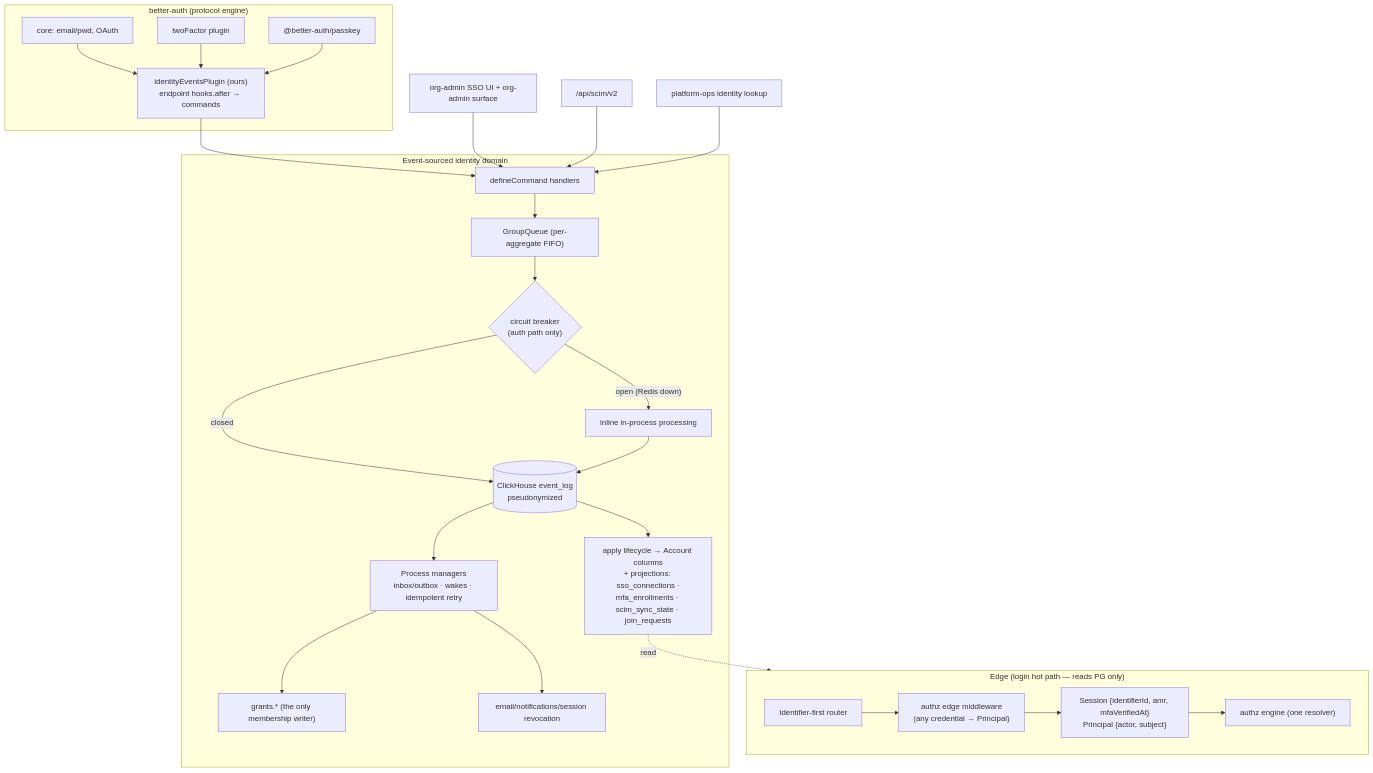
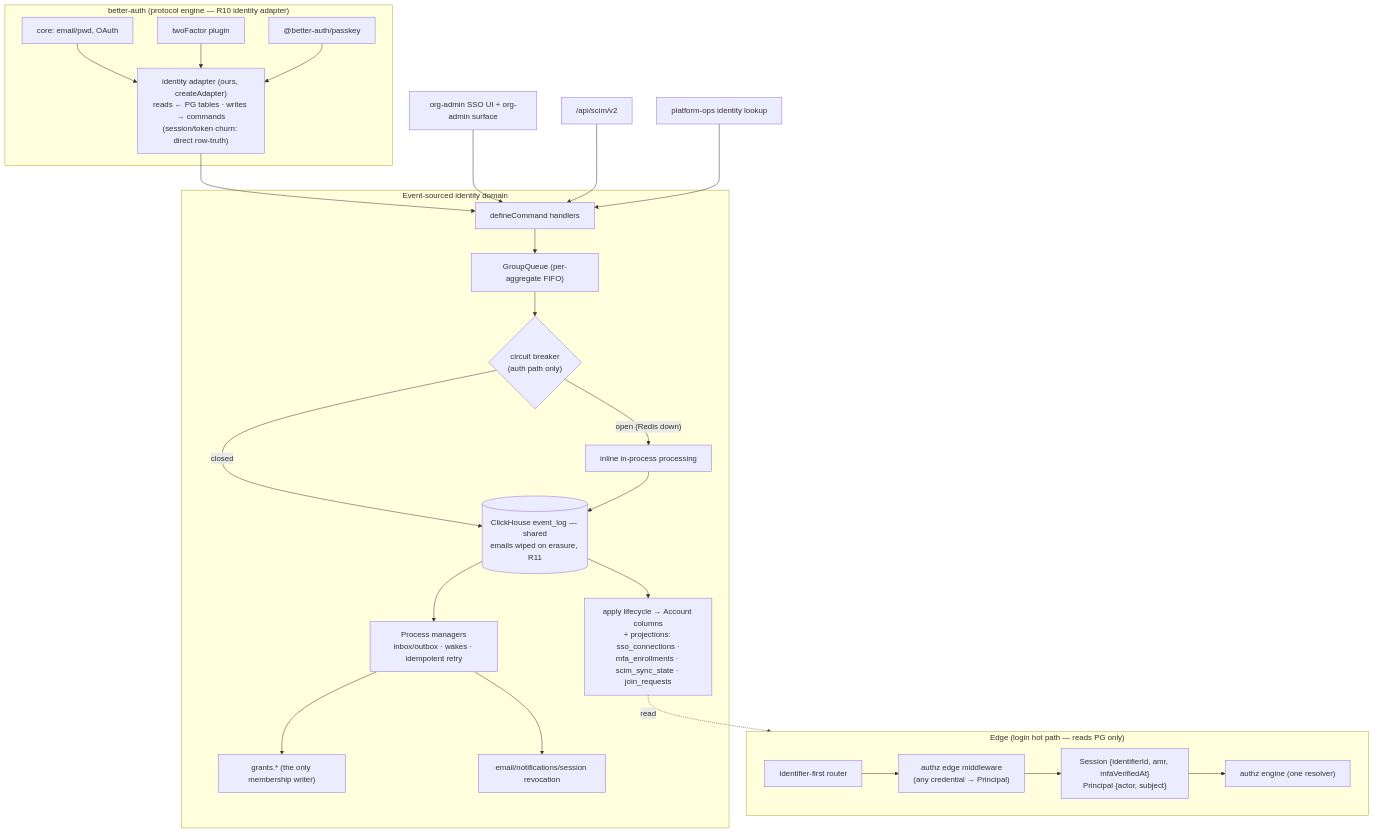
The second of 3 diagrams in dev/docs/identity-platform-redesign.md (langwatch/langwatch), drawn with Mermaid before and after one commit. The commit also changed other lines of this file and 12 other files, not shown here.

First line of the commit message:
docs(identity): adapter-first better-auth integration (R10), erasure and session doctrine (R11-R13), resolved open questions

````diff
--- a/dev/docs/identity-platform-redesign.md
+++ b/dev/docs/identity-platform-redesign.md
@@ -210,36 +214,36 @@
 ```mermaid
 flowchart TB
     subgraph Edge["Edge (login hot path — reads PG only)"]
         R[Identifier-first router] --> MW["authz edge middleware<br/>(any credential → Principal)"]
         MW --> SE["Session {identifierId, amr, mfaVerifiedAt}<br/>Principal {actor, subject}"]
         SE --> EN["authz engine (one resolver)"]
     end
 
-    subgraph BA["better-auth (protocol engine)"]
+    subgraph BA["better-auth (protocol engine — R10 identity adapter)"]
         CORE[core: email/pwd, OAuth]
         TF[twoFactor plugin]
         PK["@better-auth/passkey"]
-        IE["identityEventsPlugin (ours)<br/>endpoint hooks.after → commands"]
+        IE["identity adapter (ours, createAdapter)<br/>reads ← PG tables · writes → commands<br/>(session/token churn: direct row-truth)"]
         CORE --> IE
         TF --> IE
         PK --> IE
     end
 
     subgraph ES["Event-sourced identity domain"]
         CMD[defineCommand handlers] --> GQ["GroupQueue (per-aggregate FIFO)"]
         GQ --> CB{"circuit breaker<br/>(auth path only)"}
-        CB -->|closed| CH[("ClickHouse event_log<br/>pseudonymized")]
+        CB -->|closed| CH[("ClickHouse event_log — shared<br/>emails wiped on erasure, R11")]
         CB -->|"open (Redis down)"| INLINE[inline in-process processing]
         INLINE --> CH
         CH --> PRJ["apply lifecycle → Account columns<br/>+ projections: sso_connections ·<br/>mfa_enrollments · scim_sync_state · join_requests"]
         CH --> PM["Process managers<br/>inbox/outbox · wakes · idempotent retry"]
         PM --> GR["grants.* (the only membership writer)"]
         PM --> EXT[email/notifications/session revocation]
     end
 
     IE --> CMD
     UI[org-admin SSO UI + org-admin surface] --> CMD
     SCIM["/api/scim/v2"] --> CMD
     OPS[platform-ops identity lookup] --> CMD
     PRJ -.->|read| Edge
 ```
````
